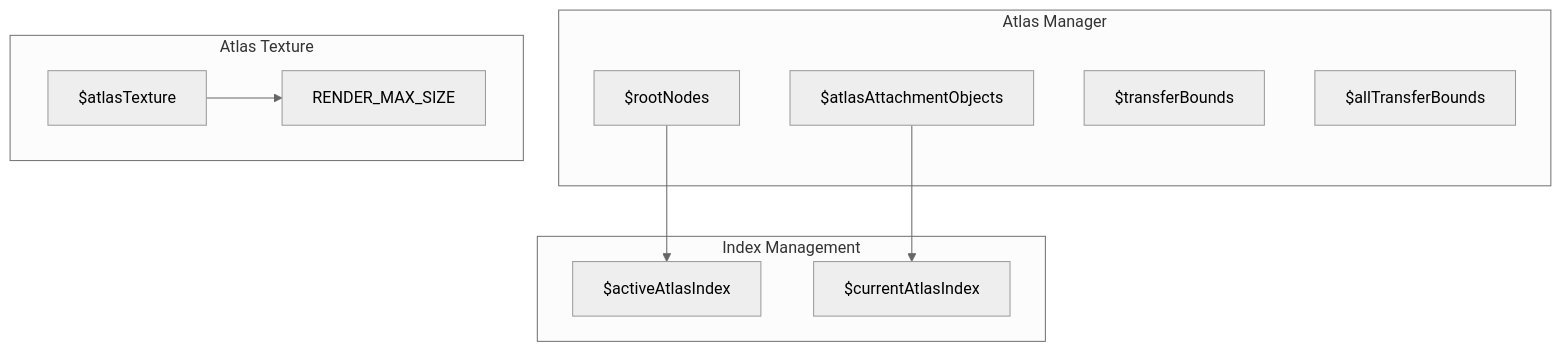
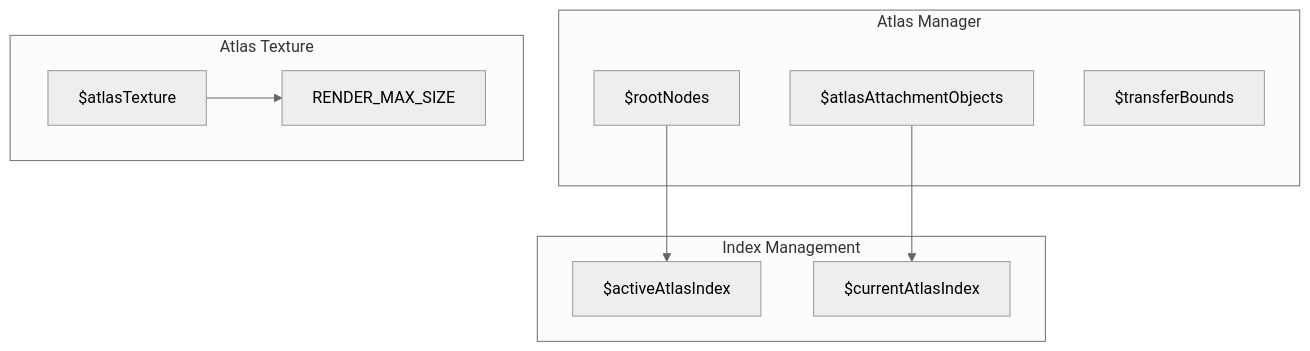
Before and after one commit to Next2D/player: the seventh of 9 diagrams in packages/webgl/docs/09-resources.md, drawn with Mermaid (neutral theme). The commit also changed other lines of this file and 15 other files, not shown here.

````diff
--- a/packages/webgl/docs/09-resources.md
+++ b/packages/webgl/docs/09-resources.md
@@ -319,23 +317,22 @@
 ```mermaid
 flowchart TB
     subgraph "Atlas Manager"
         ROOT_NODES[$rootNodes]
         ATLAS_OBJS[$atlasAttachmentObjects]
         TRANSFER[$transferBounds]
-        ALL_TRANSFER[$allTransferBounds]
     end
 
     subgraph "Index Management"
         ACTIVE[$activeAtlasIndex]
         CURRENT[$currentAtlasIndex]
     end
 
     subgraph "Atlas Texture"
         TEX[$atlasTexture]
         SIZE[RENDER_MAX_SIZE]
     end
 
     ROOT_NODES --> ACTIVE
     ATLAS_OBJS --> CURRENT
     TEX --> SIZE
 ```
````
